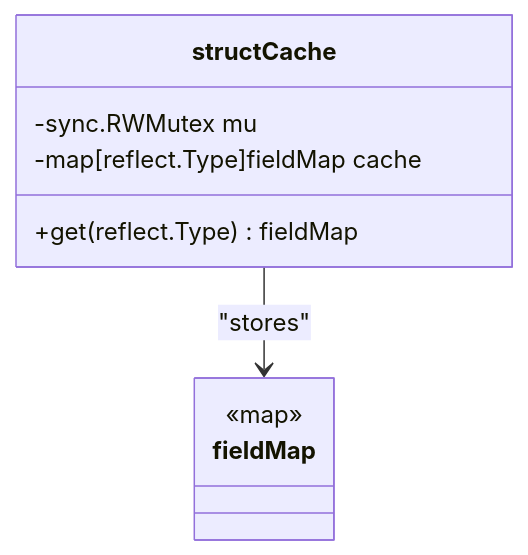
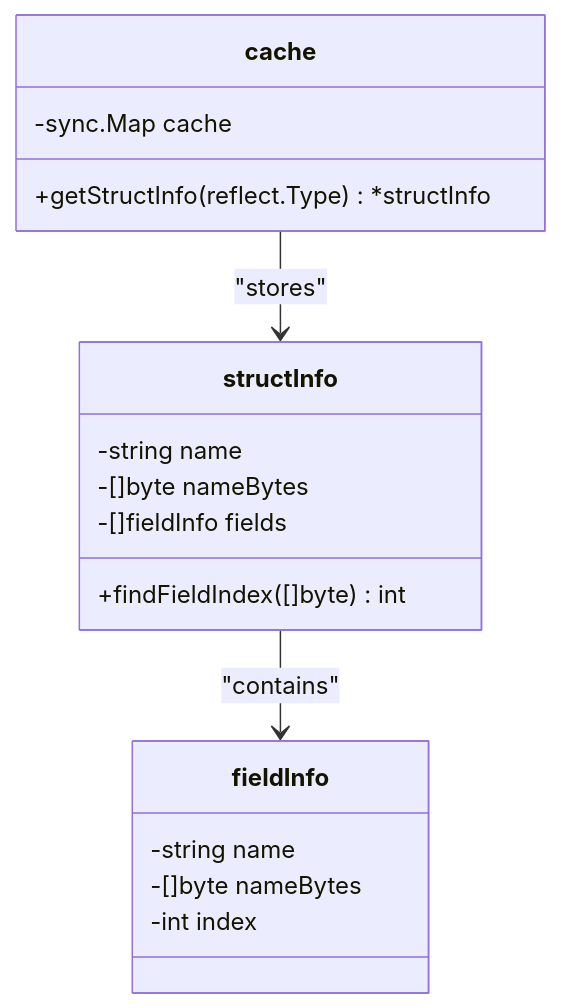
Before and after one commit to OTumanov/go-toon: the third of 4 diagrams in .qoder/repowiki/en/content/Performance and Optimization.md, drawn with Mermaid. The commit also changed other lines of this file and 6 other files, not shown here.

````diff
--- a/.qoder/repowiki/en/content/Performance and Optimization.md
+++ b/.qoder/repowiki/en/content/Performance and Optimization.md
@@ -125,12 +174,20 @@
 ```mermaid
 classDiagram
-class structCache {
--sync.RWMutex mu
--map[reflect.Type]fieldMap cache
-+get(reflect.Type) fieldMap
+class structInfo {
+-string name
+-[]byte nameBytes
+-[]fieldInfo fields
++findFieldIndex([]byte) int
 }
-class fieldMap {
-<<map>>
+class fieldInfo {
+-string name
+-[]byte nameBytes
+-int index
 }
-structCache --> fieldMap : "stores"
+class cache {
+-sync.Map cache
++getStructInfo(reflect.Type) *structInfo
+}
+structInfo --> fieldInfo : "contains"
+cache --> structInfo : "stores"
 ```
````
